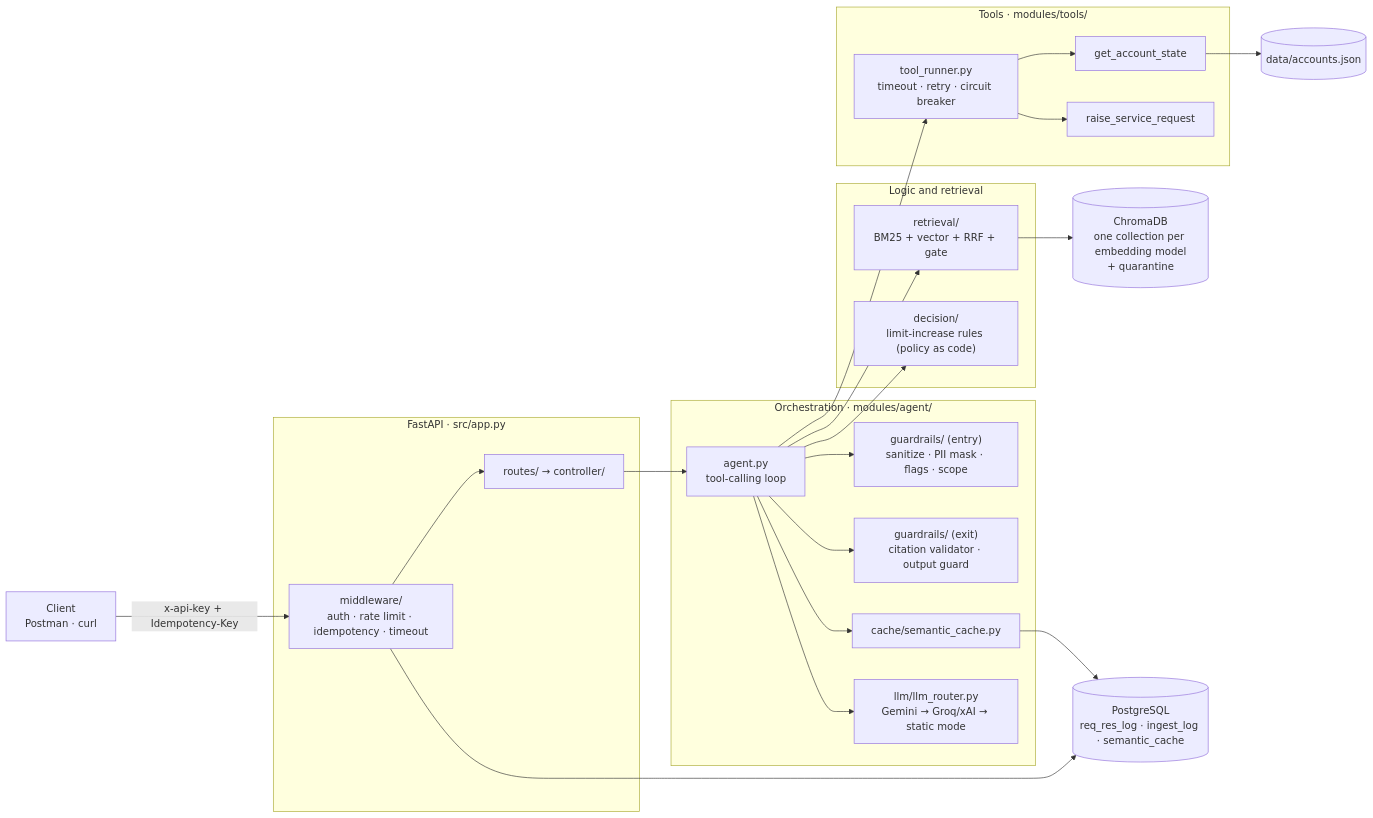
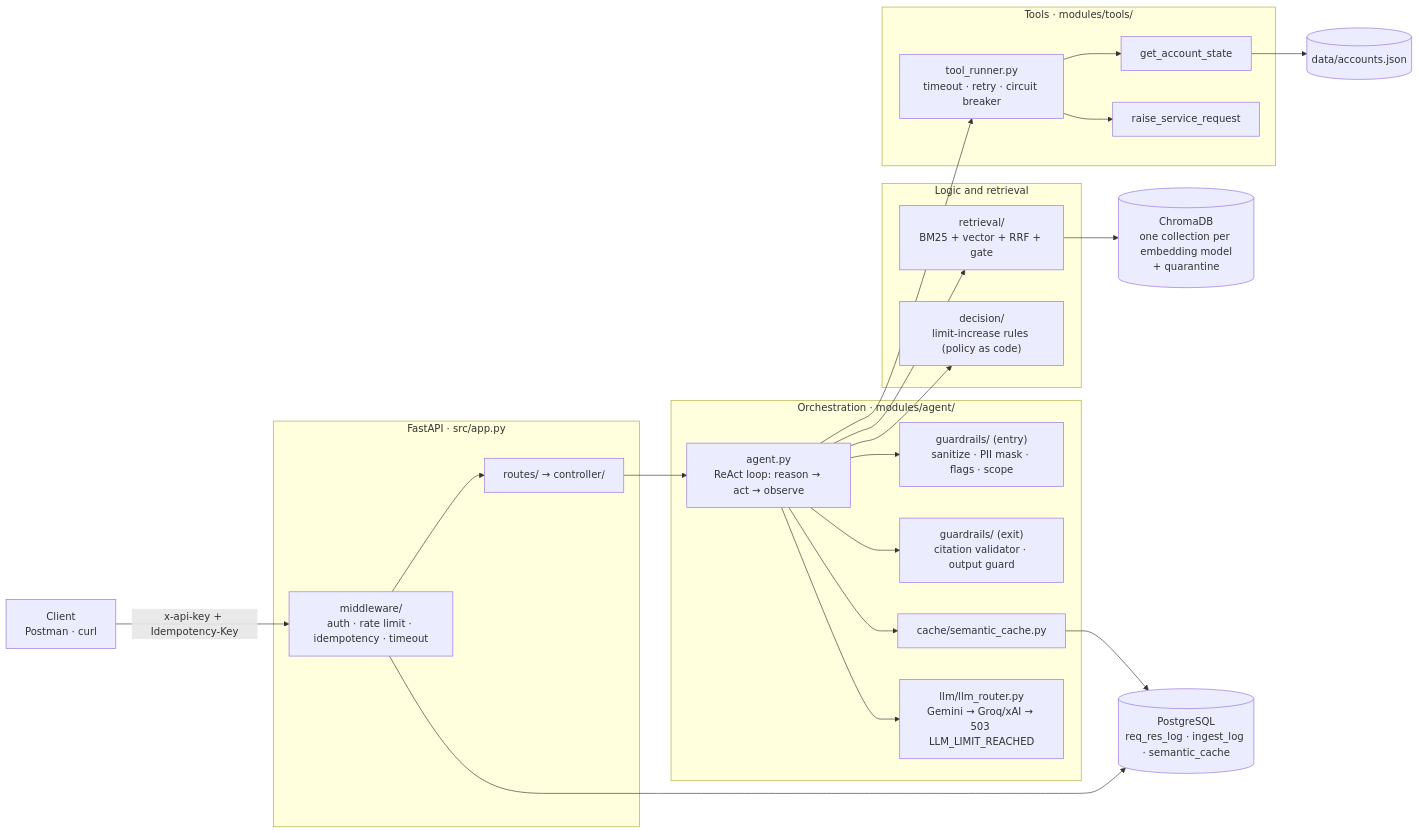
Before and after one commit to annu8932091318/Grounded-Card-RAG: the diagram in README.md, drawn with Mermaid. The commit also changed other lines of this file and 27 other files, not shown here.

````diff
--- a/README.md
+++ b/README.md
@@ -63,32 +63,32 @@
 ```mermaid
 flowchart LR
     C["Client<br/>Postman · curl"] -->|"x-api-key + Idempotency-Key"| MW
     subgraph API["FastAPI · src/app.py"]
         MW["middleware/<br/>auth · rate limit · idempotency · timeout"] --> R["routes/ → controller/"]
     end
     R --> A
     subgraph ORCH["Orchestration · modules/agent/"]
-        A["agent.py<br/>tool-calling loop"] --> GI["guardrails/ (entry)<br/>sanitize · PII mask · flags · scope"]
+        A["agent.py<br/>ReAct loop: reason → act → observe"] --> GI["guardrails/ (entry)<br/>sanitize · PII mask · flags · scope"]
         A --> GO["guardrails/ (exit)<br/>citation validator · output guard"]
         A --> SC["cache/semantic_cache.py"]
-        A --> LLM["llm/llm_router.py<br/>Gemini → Groq/xAI → static mode"]
+        A --> LLM["llm/llm_router.py<br/>Gemini → Groq/xAI → 503 LLM_LIMIT_REACHED"]
     end
     subgraph LOGIC["Logic and retrieval"]
         RET["retrieval/<br/>BM25 + vector + RRF + gate"]
         DEC["decision/<br/>limit-increase rules (policy as code)"]
     end
     subgraph TOOLS["Tools · modules/tools/"]
         TR["tool_runner.py<br/>timeout · retry · circuit breaker"]
         T1["get_account_state"]
         T2["raise_service_request"]
     end
     A --> RET
     A --> DEC
     A --> TR
     TR --> T1
     TR --> T2
     RET --> CH[("ChromaDB<br/>one collection per embedding model<br/>+ quarantine")]
     T1 --> ACC[("data/accounts.json")]
     MW --> PG[("PostgreSQL<br/>req_res_log · ingest_log · semantic_cache")]
     SC --> PG
 ```
````
